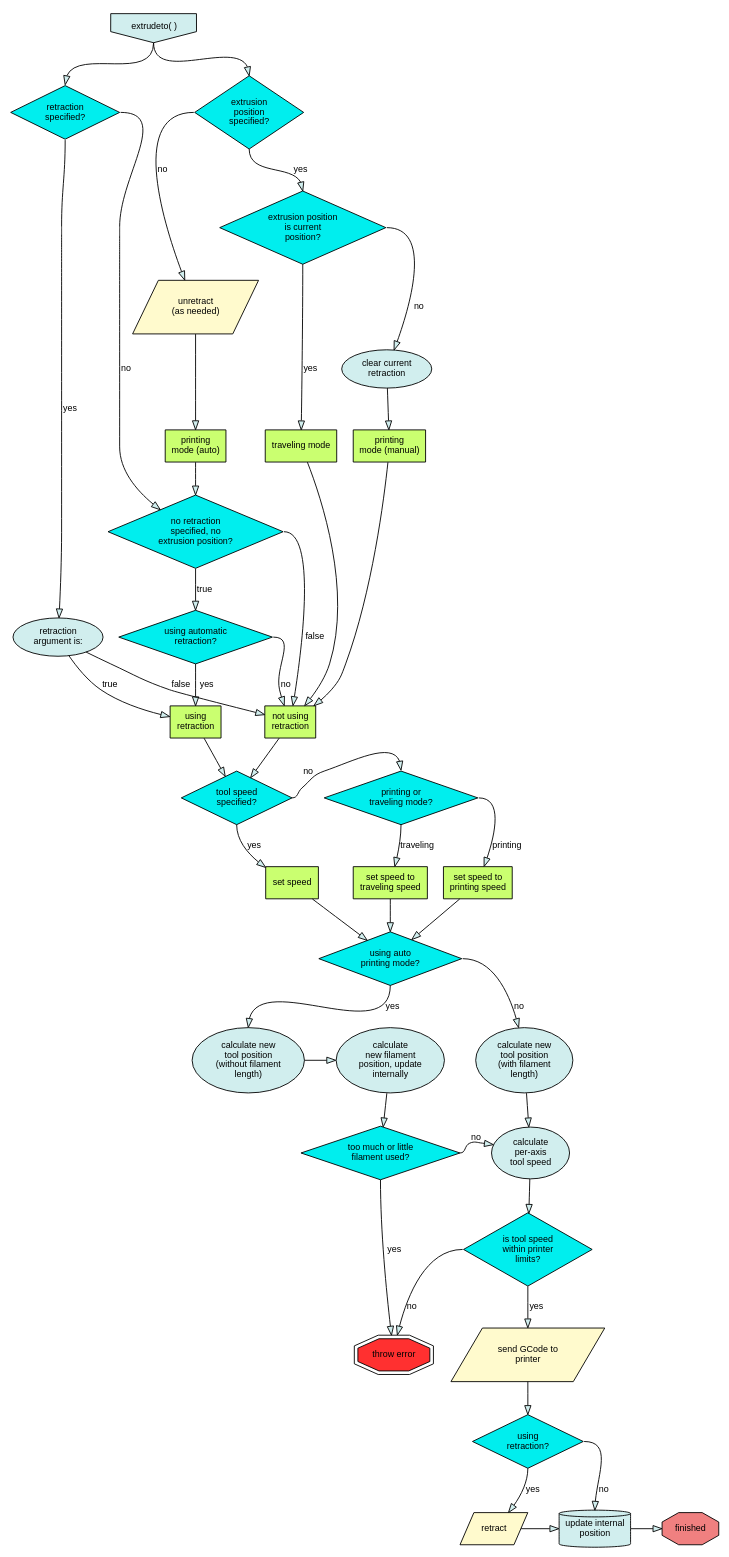
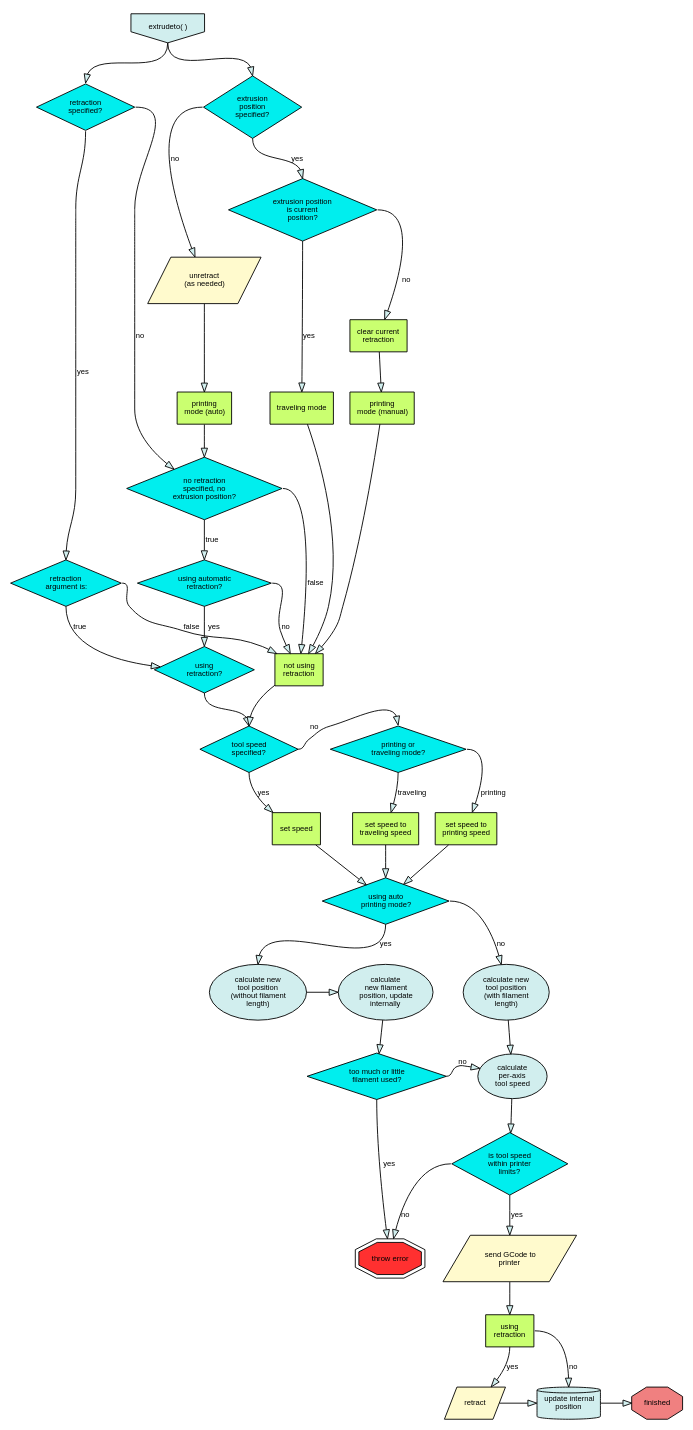
The diagram in reference/extrudeto.dot (pixelpusher/liveprinter), drawn with Graphviz before and after one commit. The commit also changed 2 other files, not shown here.

Commit message:
more bpm and diagram updates

```diff
--- a/reference/extrudeto.dot
+++ b/reference/extrudeto.dot
@@ -1,149 +1,153 @@
 
 
 digraph movement {
 
-    splines="TRUE";
+    splines=true;
 
-    node [style="filled", fillcolor="lightcyan2", fontsize="10", fontname="Arial"]
+    node [style="filled", fillcolor="lightcyan2", fontsize="8.5", fontname="Arial"]
 
-    edge [style="filled", fillcolor="lightcyan2", fontsize="10", fontname="Arial", compound=true]
+    edge [style="filled", fillcolor="lightcyan2", fontsize="8.5", fontname="Arial", compound=true]
 
     /* Entities */
 
     start [label=<extrudeto( )>, shape="invhouse" ]
 
-    "retraction\nspecified?" [shape="diamond",style=filled, fillcolor="cyan2"]
-    "extrusion\nposition\nspecified?"  [shape="diamond",style=filled, fillcolor="cyan2"]
-    "extrusion position\nis current\nposition?" [shape="diamond",style=filled, fillcolor="cyan2"]
-    "using automatic\nretraction?" [shape="diamond",style=filled, fillcolor="cyan2"]
-    "no retraction\nspecified, no\nextrusion position" [label="no retraction\nspecified, no\nextrusion position?"shape="diamond", fillcolor=cyan2]
-    "tool speed\nspecified?" [shape="diamond",style=filled, fillcolor="cyan2"]
-    "too much or little\nfilament used?" [shape="diamond",style=filled, fillcolor="cyan2"]
-    "is tool speed\nwithin printer\nlimits?" [shape="diamond",style=filled, fillcolor="cyan2"]
-    "using\nretraction?" [shape="diamond",style=filled, fillcolor="cyan2"]
-    "using auto\nprinting mode?"  [shape="diamond",style=filled, fillcolor="cyan2"]
-    "printing or\ntraveling mode?" [shape="diamond",style=filled, fillcolor="cyan2"]
+    retraction_specified [shape=diamond,style=filled, fillcolor="cyan2", label=<retraction<br/>specified?>]
+    extrusion_specified  [shape=diamond,style=filled, fillcolor="cyan2", label=<extrusion<br/>position<br/>specified?>]
+    extrusion_current [shape=diamond,style=filled, fillcolor="cyan2", label=<extrusion position<br/>is current<br/>position?>]
+    autoretraction [shape=diamond,style=filled, fillcolor="cyan2", label=<using automatic<br/>retraction?>]
+    no_retract_extrusion [label=<no retraction<br/>specified, no<br/>extrusion position?>, shape=diamond, fillcolor=cyan2]
+    is_toolspeed_set [shape=diamond,style=filled, fillcolor="cyan2", label=<tool speed<br/>specified?>]
+    filamentused [shape=diamond,style=filled, fillcolor="cyan2", label=<too much or little<br/>filament used?>]
+    toolspeedok [shape=diamond,style=filled, fillcolor="cyan2", label=<is tool speed<br/>within printer<br/>limits?>]
+    using_retraction [shape=diamond,style=filled, fillcolor="cyan2",label=<using<br/>retraction?>]
+    is_auto_printing  [shape=diamond,style=filled, fillcolor="cyan2", label=<using auto<br/>printing mode?>]
+    printing_or_traveling [shape=diamond,style=filled, fillcolor="cyan2", label=<printing or<br/>traveling mode?>]
+    retraction_argument [shape=diamond,style=filled, fillcolor="cyan2",label=<retraction<br/>argument is:>]
 
-    "set speed to\nprinting speed" [shape="rect",style=filled, fillcolor="darkolivegreen1"]
-    "set speed to\ntraveling speed" [shape="rect",style=filled, fillcolor="darkolivegreen1"]
-    "set speed" [shape="rect",style=filled, fillcolor="darkolivegreen1"]
-
-    "printing\nmode (auto)" [shape="rect",style=filled, fillcolor="darkolivegreen1"]
-    "printing\nmode (manual)" [shape="rect",style=filled, fillcolor="darkolivegreen1"]
-    "traveling mode" [shape="rect",style=filled, fillcolor="darkolivegreen1"]
-
-    "using\nretraction" [shape="rect",style=filled, fillcolor="darkolivegreen1"]
-    "not using\nretraction" [shape="rect",style=filled, fillcolor="darkolivegreen1"]
-    
-    "unretract\n(as needed)"[label="unretract\n(as needed)", shape="parallelogram",style=filled, fillcolor="lemonchiffon"] //lemonchiffon
-    "send GCode to\nprinter"[shape="parallelogram",style=filled, fillcolor="lemonchiffon"]
-    "retract" [shape="parallelogram",style=filled, fillcolor="lemonchiffon"]
+    printing_speed [shape=rect,style=filled, fillcolor="darkolivegreen1", label=<set speed to<br/>printing speed>]
+    travel_speed [shape=rect,style=filled, fillcolor="darkolivegreen1", label=<set speed to<br/>traveling speed>]
+    "set speed" [shape=rect,style=filled, fillcolor="darkolivegreen1"]
+    auto_printing [shape=rect,style=filled, fillcolor="darkolivegreen1", label=<printing<br/>mode (auto)>]
+    manual_printing [shape=rect,style=filled, fillcolor="darkolivegreen1", label=<printing<br/>mode (manual)>]
+    "traveling mode" [shape=rect,style=filled, fillcolor="darkolivegreen1"]
+    clear_retraction [shape=rect,style=filled, fillcolor="darkolivegreen1", label=<clear current<br/>retraction>]
+    using_retraction2 [shape=rect,style=filled, fillcolor="darkolivegreen1", label=<using<br/>retraction>]
+    no_retraction [shape=rect,style=filled, fillcolor="darkolivegreen1", label=<not using<br/>retraction>]
     
 
-    "update internal\nposition" [shape="cylinder"]
+    new_tool_position_wo_length [label=<calculate new<br/>tool position<br/>(without filament<br/>length)>]
+    new_tool_position_with_length [label=<calculate new<br/>tool position<br/>(with filament<br/>length)>]
+    new_filament_position [label=<calculate<br/>new filament<br/>position, update<br/>internally>]
+    calc_toolspeed [label=<calculate<br/>per-axis<br/>tool speed>]
 
+
+    unretract [shape=parallelogram,style=filled, fillcolor="lemonchiffon", label=<unretract<br/>(as needed)>] //lemonchiffon
+    send_GCode [shape=parallelogram,style=filled, fillcolor="lemonchiffon", label=<send GCode to<br/>printer>]
+    "retract" [shape=parallelogram,style=filled, fillcolor="lemonchiffon", label=<retract>]
+    
+    update_pos [shape="cylinder", label=<update internal<br/>position>]
 
     "throw error" [shape="doubleoctagon", style=filled, fillcolor="firebrick1" ]
 
     "finished" [shape="octagon",style="filled",fillcolor="lightcoral"]
 
     /* Relationships */
     
-    start:s ->  "retraction\nspecified?":n
+    start:s ->  retraction_specified:n
 
-    start:s -> "extrusion\nposition\nspecified?":n
+    start:s -> extrusion_specified:n
 
-    "retraction\nspecified?":s -> "retraction\nargument is:" [label=" yes"]
+    retraction_specified:s -> retraction_argument:n [label=" yes"]
 
-    "retraction\nspecified?":e -> "no retraction\nspecified, no\nextrusion position" [label=" no"]
+    retraction_specified:e -> no_retract_extrusion [label=" no"]
 
-    "extrusion\nposition\nspecified?":w -> "unretract\n(as needed)" [label=" no"]
-     "unretract\n(as needed)" -> "printing\nmode (auto)" 
+    extrusion_specified:w -> unretract [label=" no"]
+     unretract -> auto_printing 
 
-    "printing\nmode (auto)" -> "no retraction\nspecified, no\nextrusion position"
+    auto_printing -> no_retract_extrusion
 
-    "no retraction\nspecified, no\nextrusion position" -> "using automatic\nretraction?" [label=" true"]
+    no_retract_extrusion -> autoretraction [label=" true"]
 
-    "no retraction\nspecified, no\nextrusion position":e -> "not using\nretraction" [label=" false"]
+    no_retract_extrusion:e -> no_retraction [label=" false"]
     
-     "using automatic\nretraction?":s -> "using\nretraction"  [label="  yes"]
+     autoretraction:s -> using_retraction  [label="  yes"]
 
-    "retraction\nargument is:" -> "using\nretraction"  [label=" true"]
-    "retraction\nargument is:" -> "not using\nretraction"  [label=" false"]
+    retraction_argument:s -> using_retraction  [label=" true"]
+    retraction_argument:e -> no_retraction  [label=" false"]
     
-    "using automatic\nretraction?":e -> "not using\nretraction" [label=" no"]
+    autoretraction:e -> no_retraction [label=" no"]
     
-    "extrusion\nposition\nspecified?":s -> "extrusion position\nis current\nposition?":n [label=" yes"]
+    extrusion_specified:s -> extrusion_current:n [label=" yes"]
 
-    "extrusion position\nis current\nposition?":s -> "traveling mode" [label=" yes"]
+    extrusion_current:s -> "traveling mode" [label=" yes"]
     
-    "traveling mode" -> "not using\nretraction" 
+    "traveling mode" -> no_retraction 
 
-    "extrusion position\nis current\nposition?":e -> "clear current\nretraction" [label=" no"]
+    extrusion_current:e -> clear_retraction [label=" no"]
     
-    "clear current\nretraction" -> "printing\nmode (manual)"
+    clear_retraction -> manual_printing
 
-    "printing\nmode (manual)" -> "not using\nretraction" 
+    manual_printing -> no_retraction 
  
-    "not using\nretraction" -> "tool speed\nspecified?"
+    no_retraction -> is_toolspeed_set:n
 
-    "using\nretraction" -> "tool speed\nspecified?"
+    using_retraction:s -> is_toolspeed_set:n
 
-    "tool speed\nspecified?":s -> "set speed" [label=" yes"]
+    is_toolspeed_set:s -> "set speed" [label=" yes"]
 
-    "tool speed\nspecified?":e -> "printing or\ntraveling mode?":n [label=" no"]
+    is_toolspeed_set:e -> printing_or_traveling:n [label=" no"]
 
-    "printing or\ntraveling mode?":s -> "set speed to\ntraveling speed" [label=" traveling"]
+    printing_or_traveling:s -> travel_speed [label=" traveling"]
 
-    "printing or\ntraveling mode?":e -> "set speed to\nprinting speed" [label=" printing"]
+    printing_or_traveling:e -> printing_speed [label=" printing"]
 
-    "set speed" -> "using auto\nprinting mode?"
-    "set speed to\nprinting speed" -> "using auto\nprinting mode?"
-    "set speed to\ntraveling speed" -> "using auto\nprinting mode?"
+    "set speed" -> is_auto_printing
+    printing_speed -> is_auto_printing
+    travel_speed -> is_auto_printing
     
-    "using auto\nprinting mode?":s -> "calculate new\ntool position\n(without filament\nlength)":n [label=" yes"]
+    is_auto_printing:s -> new_tool_position_wo_length:n [label=" yes"]
 
-    "using auto\nprinting mode?":e -> "calculate new\ntool position\n(with filament\nlength)" [label=" no"]
+    is_auto_printing:e -> new_tool_position_with_length [label=" no"]
 
-    "calculate new\ntool position\n(with filament\nlength)" -> "calculate\nper-axis\ntool speed"
+    new_tool_position_with_length -> calc_toolspeed
 
-    "calculate new\ntool position\n(without filament\nlength)" -> "calculate\nnew filament\nposition, update\ninternally"
+    new_tool_position_wo_length -> new_filament_position
 
-    "calculate\nnew filament\nposition, update\ninternally" -> "too much or little\nfilament used?"
+    new_filament_position -> filamentused
 
-    "too much or little\nfilament used?":s -> "throw error" [label=" yes"]
+    filamentused:s -> "throw error" [label=" yes"]
     
-    "too much or little\nfilament used?":e -> "calculate\nper-axis\ntool speed" [label=" no"]
+    filamentused:e -> calc_toolspeed [label=" no"]
 
-    "calculate\nper-axis\ntool speed" -> "is tool speed\nwithin printer\nlimits?"
+    calc_toolspeed -> toolspeedok
 
-    "is tool speed\nwithin printer\nlimits?":w -> "throw error" [label=" no"]
+    toolspeedok:w -> "throw error" [label=" no"]
 
-    "is tool speed\nwithin printer\nlimits?" -> "send GCode to\nprinter" [label=" yes"]
+    toolspeedok -> send_GCode [label=" yes"]
 
-    "send GCode to\nprinter" -> "using\nretraction?"
+    send_GCode -> using_retraction2
 
-    "using\nretraction?":s -> "retract" [label=" yes"]
-    "retract" -> "update internal\nposition"
-    "using\nretraction?":e -> "update internal\nposition":n [label=" no"]
+    using_retraction2:s -> "retract" [label=" yes"]
+    "retract" -> update_pos
+    using_retraction2:e -> update_pos:n [label=" no"]
 
-    "update internal\nposition" -> "finished"
+    update_pos -> "finished"
 
     /* Ranks */
-    subgraph start { rank=same; "retraction\nspecified?"; "extrusion\nposition\nspecified?"; };
+    subgraph start { rank=same; retraction_specified; extrusion_specified; };
 
     subgraph { rank=same;}
 
-    subgraph { rank=same; "printing\nmode (auto)";"printing\nmode (manual)"; "traveling mode" }
+    subgraph { rank=same; auto_printing;manual_printing; "traveling mode" }
 
-    subgraph { rank=same; "set speed";  "set speed to\nprinting speed"; "set speed to\ntraveling speed"}
+    subgraph { rank=same; "set speed";  printing_speed; travel_speed}
 
-    subgraph {rank=same; "calculate new\ntool position\n(without filament\nlength)"; "calculate new\ntool position\n(with filament\nlength)"; "calculate\nnew filament\nposition, update\ninternally"}
+    subgraph {rank=same; new_tool_position_wo_length; new_tool_position_with_length; new_filament_position}
 
-    subgraph {rank="same";"tool speed\nspecified?";"printing or\ntraveling mode?"}
+    subgraph {rank="same";is_toolspeed_set;printing_or_traveling}
 
-    subgraph {rank="same"; "too much or little\nfilament used?"; "calculate\nper-axis\ntool speed"}
+    subgraph {rank="same"; filamentused; calc_toolspeed}
     
-    subgraph {rank="same"; "update internal\nposition"; "retract";"finished"}
-
+    subgraph {rank="same"; update_pos; "retract";"finished"}
 }
```
